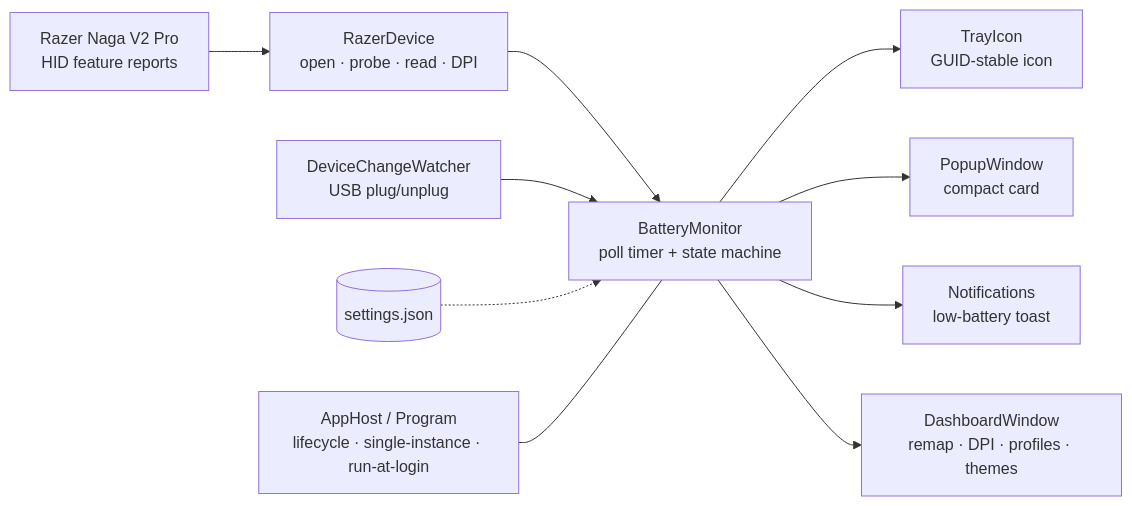
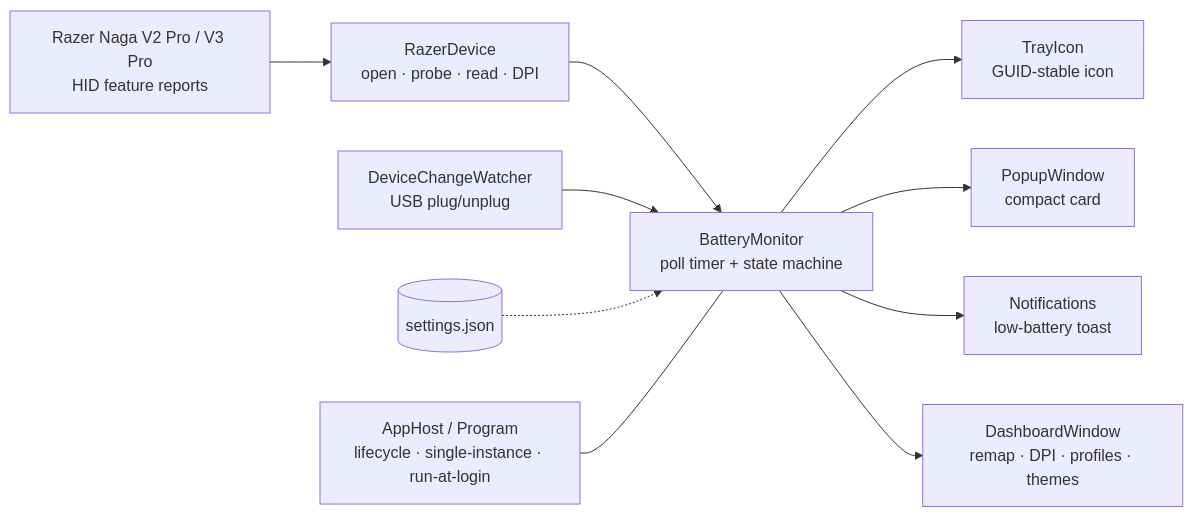
The diagram in README.md (Bmwascher/razer-naga-companion), drawn with Mermaid before and after one commit. The commit also changed other lines of this file and 8 other files, not shown here.

Commit message:
docs(readme): dual V2/V3 Pro support + regenerated probe screenshots

````diff
--- a/README.md
+++ b/README.md
@@ -180,12 +184,12 @@
 ```mermaid
 flowchart LR
-    HID["Razer Naga V2 Pro<br/>HID feature reports"] --> Dev["RazerDevice<br/>open · probe · read · DPI"]
+    HID["Razer Naga V2 Pro / V3 Pro<br/>HID feature reports"] --> Dev["RazerDevice<br/>open · probe · read · DPI"]
     Dev --> Mon["BatteryMonitor<br/>poll timer + state machine"]
     Mon --> Tray["TrayIcon<br/>GUID-stable icon"]
     Mon --> Popup["PopupWindow<br/>compact card"]
     Mon --> Toast["Notifications<br/>low-battery toast"]
     Mon --> Dash["DashboardWindow<br/>remap · DPI · profiles · themes"]
     DevChg["DeviceChangeWatcher<br/>USB plug/unplug"] --> Mon
     Cfg[("settings.json")] -.-> Mon
     Host["AppHost / Program<br/>lifecycle · single-instance · run-at-login"] --- Mon
 ```
````
